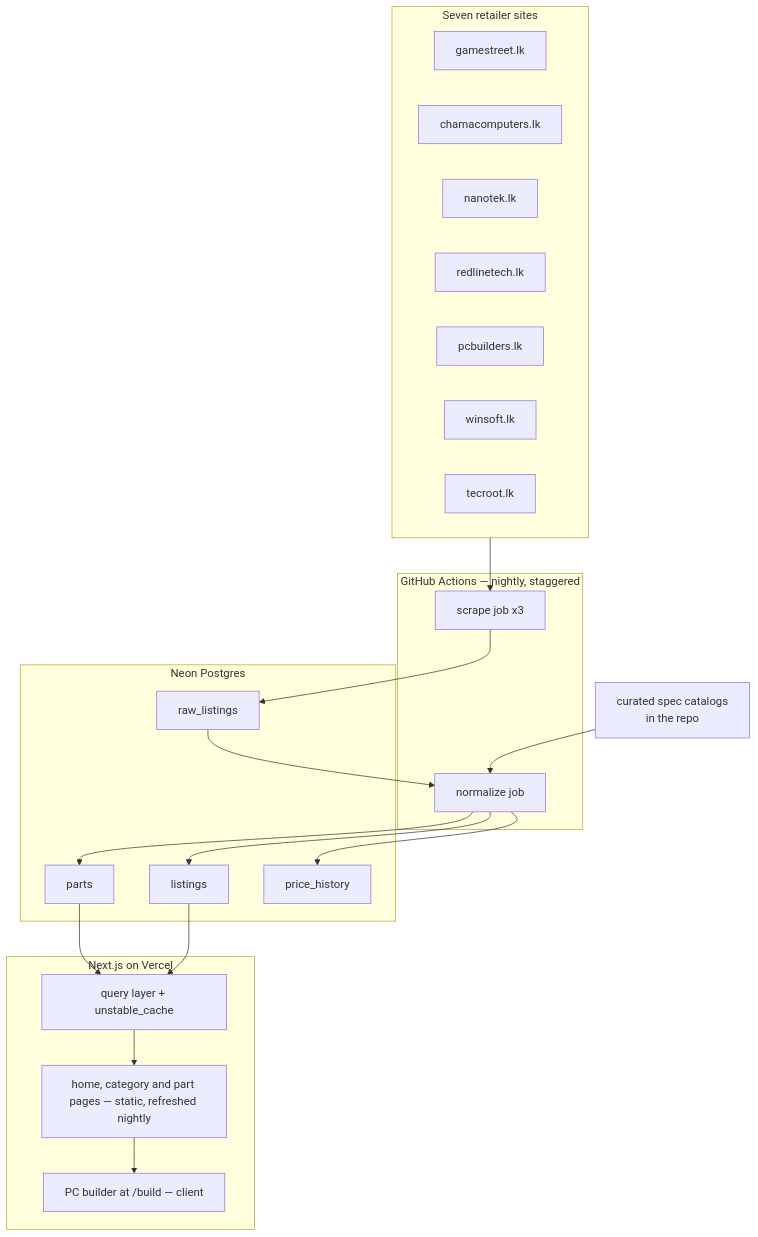
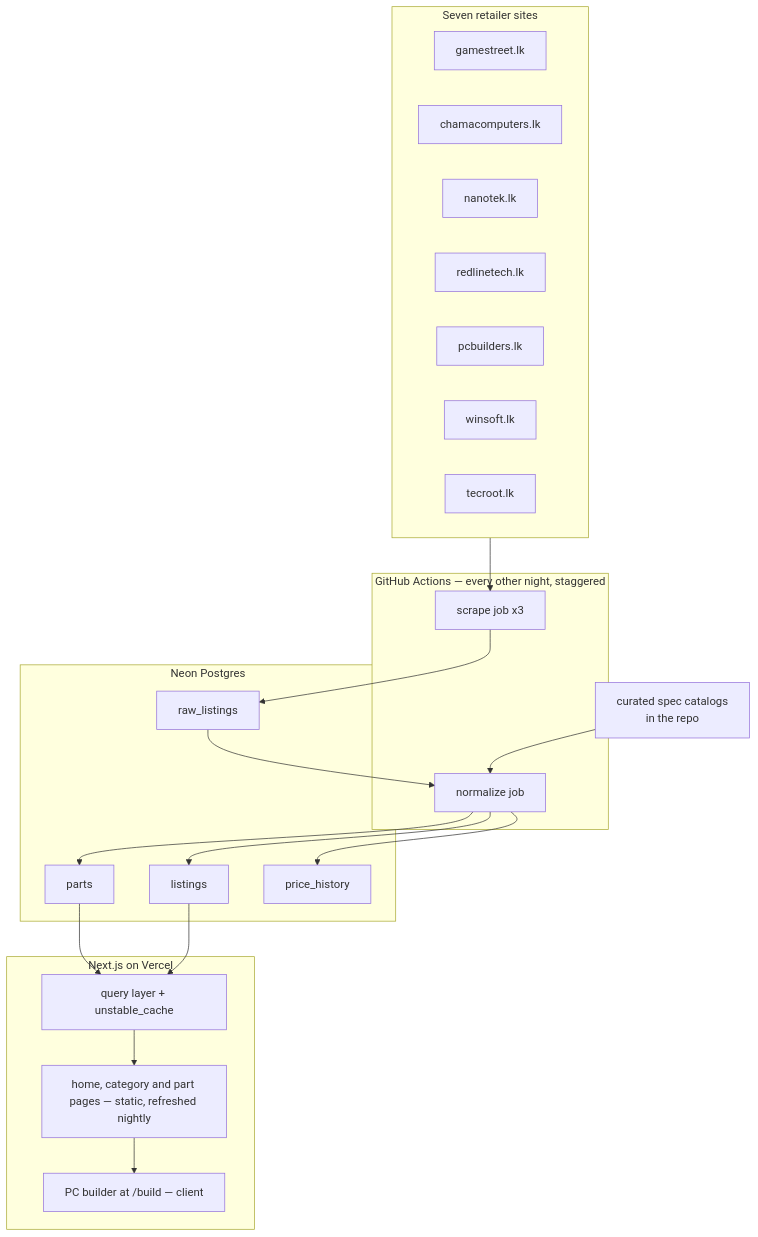
Before and after one commit to ShehanEk/sl-pc-part-picker: the diagram in docs/architecture.md, drawn with Mermaid. The commit also changed other lines of this file and 19 other files, not shown here.

First line of the commit message:
Sync every other day; caches keep two days

````diff
--- a/docs/architecture.md
+++ b/docs/architecture.md
@@ -25,42 +25,42 @@
 ```mermaid
 flowchart TB
   subgraph shops["Seven retailer sites"]
     S1["gamestreet.lk"]
     S2["chamacomputers.lk"]
     S3["nanotek.lk"]
     S4["redlinetech.lk"]
     S5["pcbuilders.lk"]
     S6["winsoft.lk"]
     S7["tecroot.lk"]
   end
 
-  subgraph ci["GitHub Actions — nightly, staggered"]
+  subgraph ci["GitHub Actions — every other night, staggered"]
     SC["scrape job x3"]
     NO["normalize job"]
   end
 
   subgraph db["Neon Postgres"]
     RAW["raw_listings"]
     P["parts"]
     L["listings"]
     H["price_history"]
   end
 
   subgraph app["Next.js on Vercel"]
     Q["query layer + unstable_cache"]
     PAGE["home, category and part pages — static, refreshed nightly"]
     CFG["PC builder at /build — client"]
   end
 
   CAT["curated spec catalogs<br/>in the repo"]
 
   shops --> SC --> RAW
   RAW --> NO
   NO --> P
   NO --> L
   NO --> H
   CAT --> NO
   P --> Q
   L --> Q
   Q --> PAGE --> CFG
 ```
````
